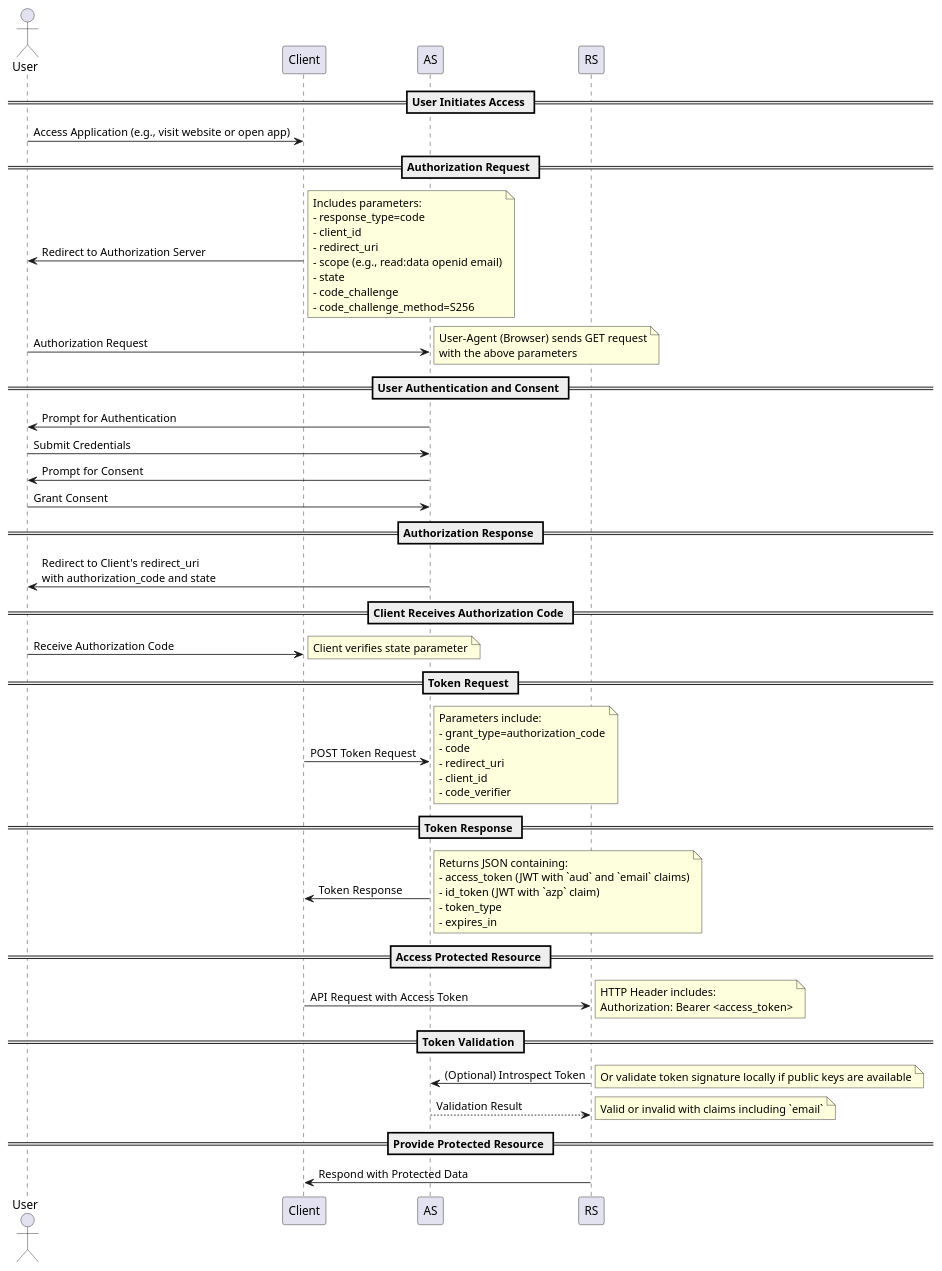
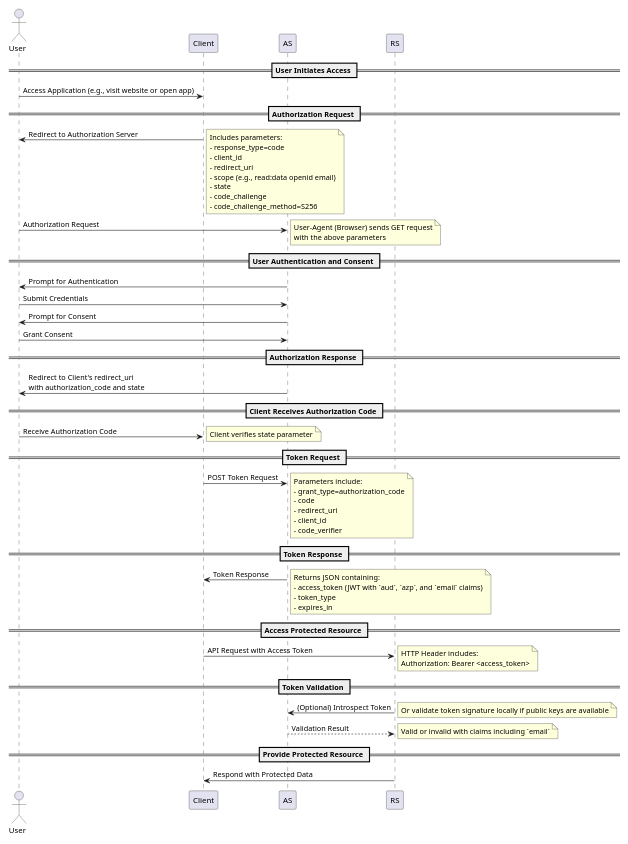
One commit to umalabs/ibe changed the third of 3 diagrams in docs/CRYPTOGRAPHY.md. Above: the diagram before and after it, drawn with PlantUML. The commit also changed other lines of this file and 2 other files, not shown here.

````diff
--- a/docs/CRYPTOGRAPHY.md
+++ b/docs/CRYPTOGRAPHY.md
@@ -328,55 +326,57 @@
 ```plantuml
 @startuml
+scale 2/3
+!pragma teoz true
 actor User
 participant "Client" as Client
 participant "AS" as AS
 participant "RS" as RS
 
 == User Initiates Access ==
 User -> Client: Access Application (e.g., visit website or open app)
 
 == Authorization Request ==
 Client -> User: Redirect to Authorization Server
 note right: Includes parameters:\n- response_type=code\n- client_id\n- redirect_uri\n- scope (e.g., read:data openid email)\n- state\n- code_challenge\n- code_challenge_method=S256
 
 User -> AS: Authorization Request
 note right: User-Agent (Browser) sends GET request\nwith the above parameters
 
 == User Authentication and Consent ==
 AS -> User: Prompt for Authentication
 User -> AS: Submit Credentials
 
 AS -> User: Prompt for Consent
 User -> AS: Grant Consent
 
 == Authorization Response ==
 AS -> User: Redirect to Client's redirect_uri\nwith authorization_code and state
 
 == Client Receives Authorization Code ==
 User -> Client: Receive Authorization Code
 note right: Client verifies state parameter
 
 == Token Request ==
 Client -> AS: POST Token Request
 note right: Parameters include:\n- grant_type=authorization_code\n- code\n- redirect_uri\n- client_id\n- code_verifier
 
 == Token Response ==
 AS -> Client: Token Response
-note right: Returns JSON containing:\n- access_token (JWT with `aud` and `email` claims)\n- id_token (JWT with `azp` claim)\n- token_type\n- expires_in
+note right: Returns JSON containing:\n- access_token (JWT with `aud`, `azp`, and `email` claims)\n- token_type\n- expires_in
 
 == Access Protected Resource ==
 Client -> RS: API Request with Access Token
 note right: HTTP Header includes:\nAuthorization: Bearer <access_token>
 
 == Token Validation ==
 RS -> AS: (Optional) Introspect Token
 note right: Or validate token signature locally if public keys are available
 
 AS --> RS: Validation Result
 note right: Valid or invalid with claims including `email`
 
 == Provide Protected Resource ==
 RS -> Client: Respond with Protected Data
 
 @enduml
 ```
````
